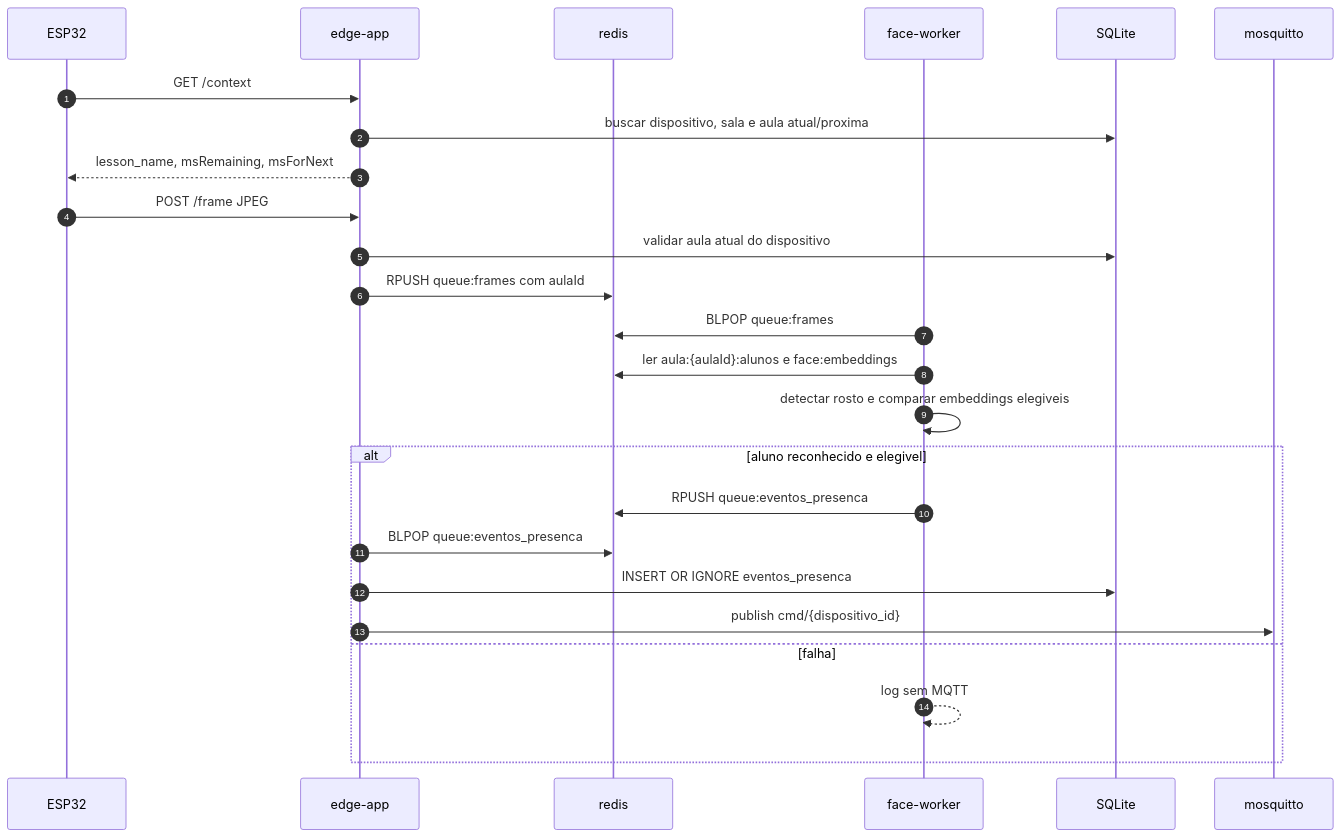
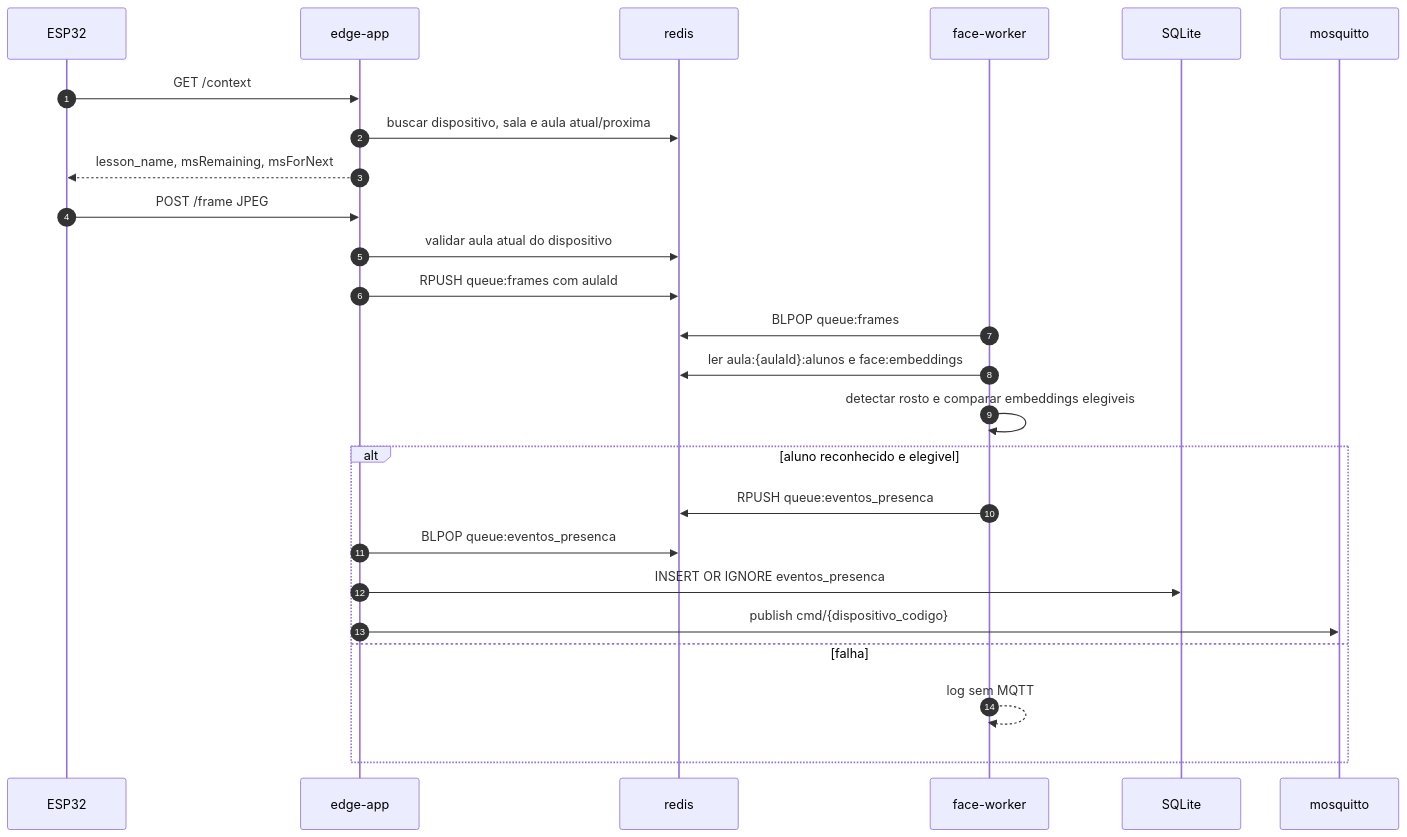
Before and after one commit to DanielKGM/autoponto-edgenode: the third of 4 diagrams in README.md, drawn with Mermaid. The commit also changed other lines of this file and 24 other files, not shown here.

````diff
--- a/README.md
+++ b/README.md
@@ -216,28 +231,28 @@
 ```mermaid
 sequenceDiagram
   autonumber
   participant ESP as ESP32
   participant API as edge-app
   participant R as redis
   participant W as face-worker
   participant DB as SQLite
   participant MQ as mosquitto
 
   ESP->>API: GET /context
-  API->>DB: buscar dispositivo, sala e aula atual/proxima
+  API->>R: buscar dispositivo, sala e aula atual/proxima
   API-->>ESP: lesson_name, msRemaining, msForNext
   ESP->>API: POST /frame JPEG
-  API->>DB: validar aula atual do dispositivo
+  API->>R: validar aula atual do dispositivo
   API->>R: RPUSH queue:frames com aulaId
   W->>R: BLPOP queue:frames
   W->>R: ler aula:{aulaId}:alunos e face:embeddings
   W->>W: detectar rosto e comparar embeddings elegiveis
   alt aluno reconhecido e elegivel
     W->>R: RPUSH queue:eventos_presenca
     API->>R: BLPOP queue:eventos_presenca
     API->>DB: INSERT OR IGNORE eventos_presenca
-    API->>MQ: publish cmd/{dispositivo_id}
+    API->>MQ: publish cmd/{dispositivo_codigo}
   else falha
     W-->>W: log sem MQTT
   end
 ```
````
